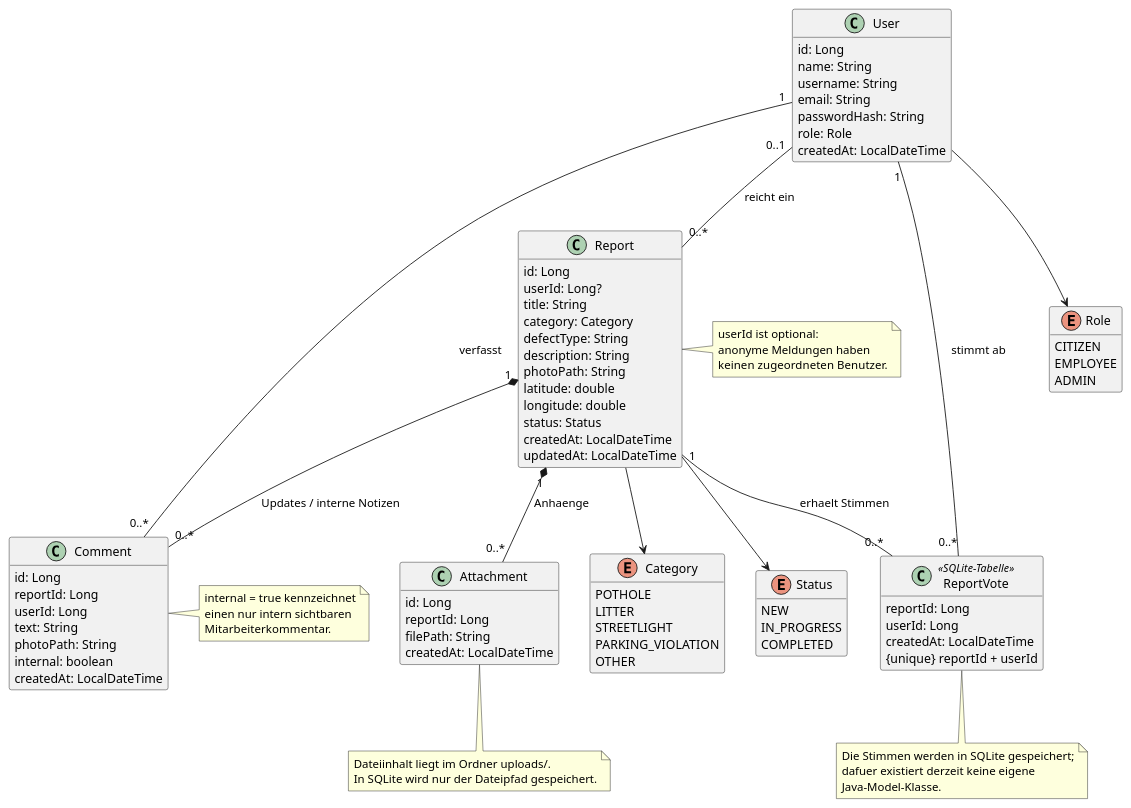
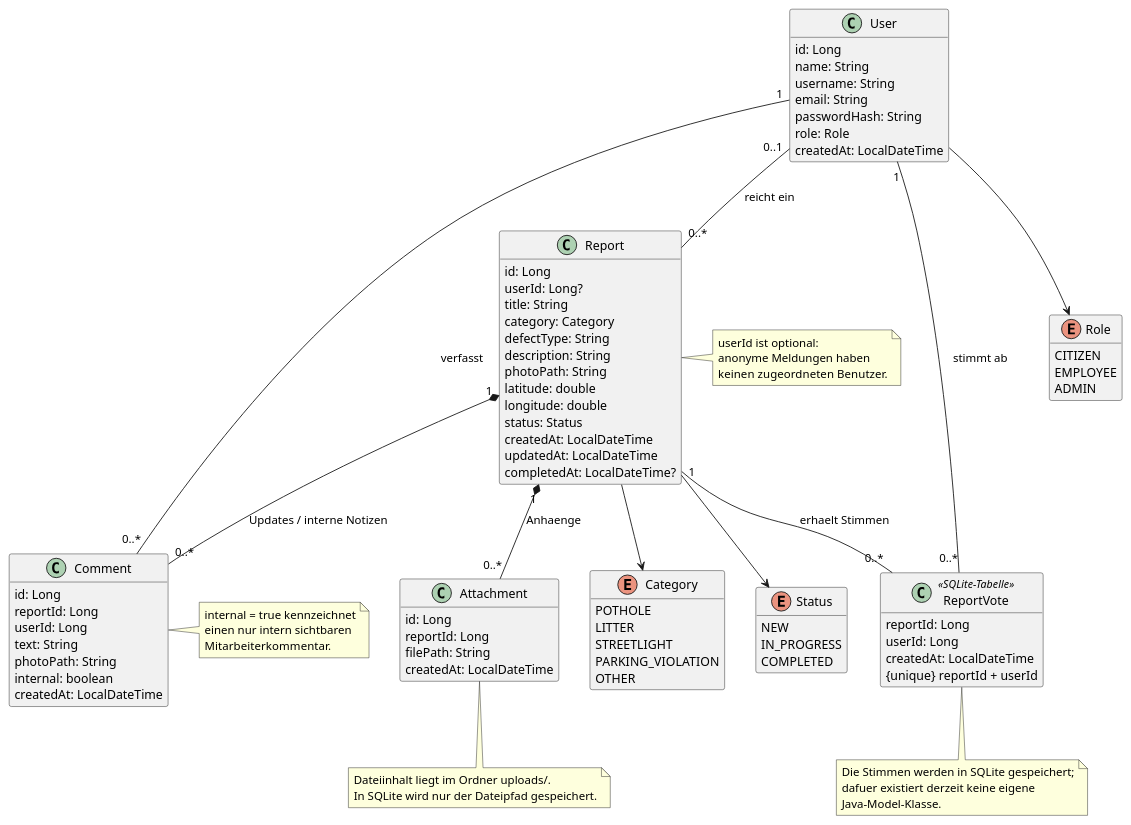
One commit to wenhuan-liang/stadtmeldung-portal changed the diagram in docs/uml/domain-classes.puml. Above: the diagram before and after it, drawn with PlantUML. The commit also changed 25 other files, not shown here.

```diff
--- a/docs/uml/domain-classes.puml
+++ b/docs/uml/domain-classes.puml
@@ -1,106 +1,107 @@
 @startuml
 skinparam classAttributeIconSize 0
 hide methods
 
 class User {
   id: Long
   name: String
   username: String
   email: String
   passwordHash: String
   role: Role
   createdAt: LocalDateTime
 }
 
 class Report {
   id: Long
   userId: Long?
   title: String
   category: Category
   defectType: String
   description: String
   photoPath: String
   latitude: double
   longitude: double
   status: Status
   createdAt: LocalDateTime
   updatedAt: LocalDateTime
+  completedAt: LocalDateTime?
 }
 
 class Comment {
   id: Long
   reportId: Long
   userId: Long
   text: String
   photoPath: String
   internal: boolean
   createdAt: LocalDateTime
 }
 
 class Attachment {
   id: Long
   reportId: Long
   filePath: String
   createdAt: LocalDateTime
 }
 
 class ReportVote <<SQLite-Tabelle>> {
   reportId: Long
   userId: Long
   createdAt: LocalDateTime
   {unique} reportId + userId
 }
 
 enum Role {
   CITIZEN
   EMPLOYEE
   ADMIN
 }
 
 enum Category {
   POTHOLE
   LITTER
   STREETLIGHT
   PARKING_VIOLATION
   OTHER
 }
 
 enum Status {
   NEW
   IN_PROGRESS
   COMPLETED
 }
 
 User "0..1" -- "0..*" Report : reicht ein
 User "1" -- "0..*" Comment : verfasst
 Report "1" *-- "0..*" Comment : Updates / interne Notizen
 Report "1" *-- "0..*" Attachment : Anhaenge
 User "1" -- "0..*" ReportVote : stimmt ab
 Report "1" -- "0..*" ReportVote : erhaelt Stimmen
 User --> Role
 Report --> Category
 Report --> Status
 
 note right of Report
   userId ist optional:
   anonyme Meldungen haben
   keinen zugeordneten Benutzer.
 end note
 
 note right of Comment
   internal = true kennzeichnet
   einen nur intern sichtbaren
   Mitarbeiterkommentar.
 end note
 
 note bottom of Attachment
   Dateiinhalt liegt im Ordner uploads/.
   In SQLite wird nur der Dateipfad gespeichert.
 end note
 
 note bottom of ReportVote
   Die Stimmen werden in SQLite gespeichert;
   dafuer existiert derzeit keine eigene
   Java-Model-Klasse.
 end note
 @enduml
```
